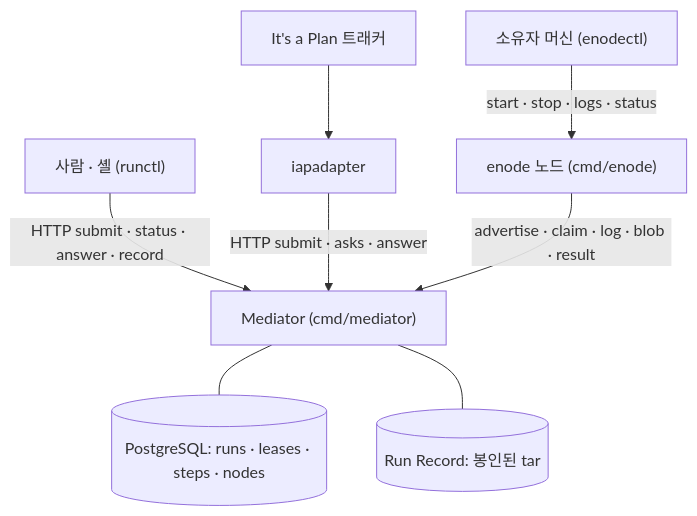
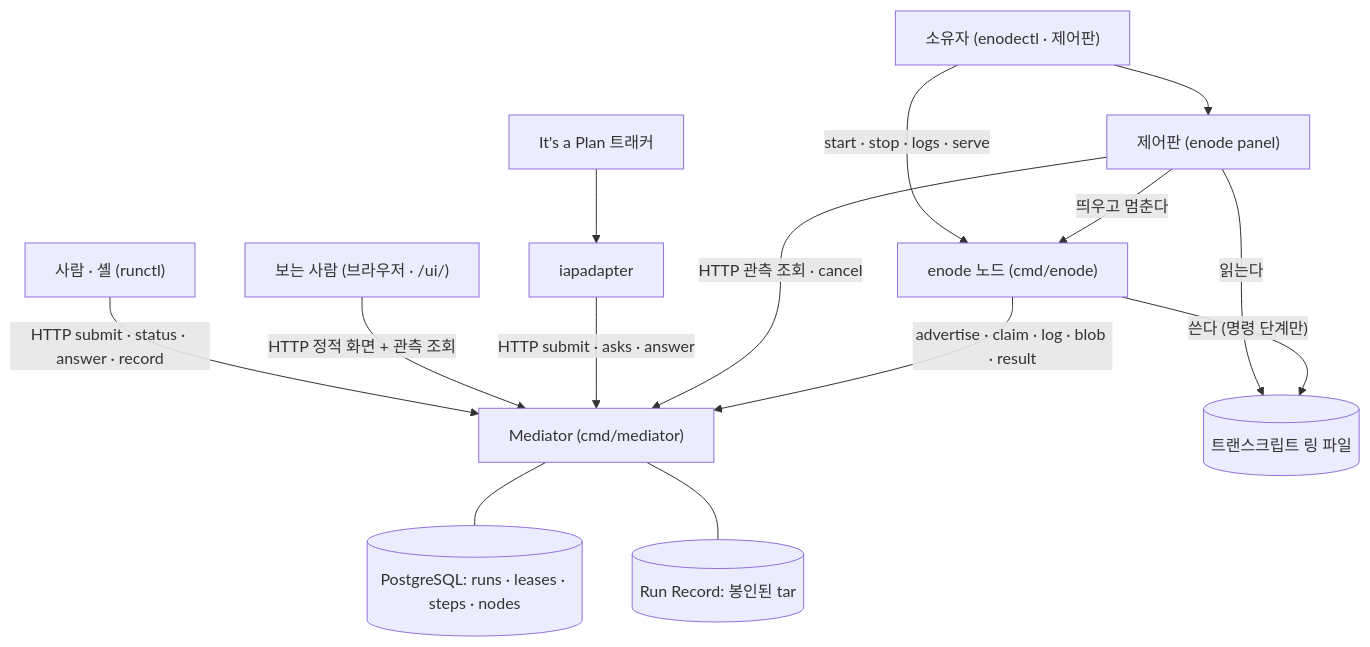
One commit to taeels/enode-fixup-project changed the diagram in aidlc-docs/inception/reverse-engineering/business-overview.md. Above: the diagram before and after it, drawn with Mermaid. The commit also changed other lines of this file and 10 other files, not shown here.

````diff
--- a/aidlc-docs/inception/reverse-engineering/business-overview.md
+++ b/aidlc-docs/inception/reverse-engineering/business-overview.md
@@ -17,19 +20,28 @@
 ```mermaid
 graph TD
   human["사람 · 셸 (runctl)"]
+  watcher["보는 사람 (브라우저 · /ui/)"]
   iap["It's a Plan 트래커"]
   adapter["iapadapter"]
-  owner["소유자 머신 (enodectl)"]
+  owner["소유자 (enodectl · 제어판)"]
+  panel["제어판 (enode panel)"]
   med["Mediator (cmd/mediator)"]
   db[("PostgreSQL: runs · leases · steps · nodes")]
   rec[("Run Record: 봉인된 tar")]
   node["enode 노드 (cmd/enode)"]
+  ring[("트랜스크립트 링 파일")]
 
   human -->|"HTTP submit · status · answer · record"| med
+  watcher -->|"HTTP 정적 화면 + 관측 조회"| med
   iap --> adapter
   adapter -->|"HTTP submit · asks · answer"| med
-  owner -->|"start · stop · logs · status"| node
+  owner -->|"start · stop · logs · serve"| node
+  owner --> panel
+  panel -->|"HTTP 관측 조회 · cancel"| med
+  panel -->|"읽는다"| ring
+  panel -->|"띄우고 멈춘다"| node
+  node -->|"쓴다 (명령 단계만)"| ring
   node -->|"advertise · claim · log · blob · result"| med
   med --- db
   med --- rec
 ```
````
